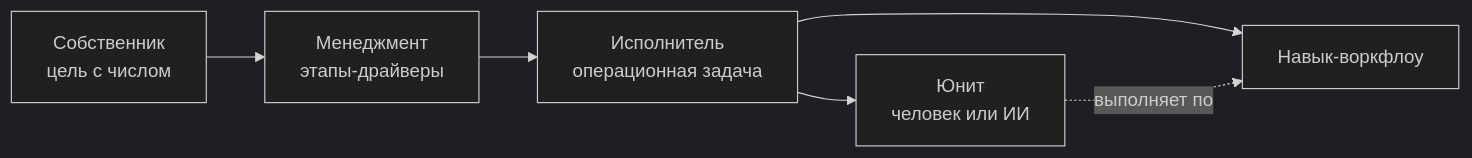
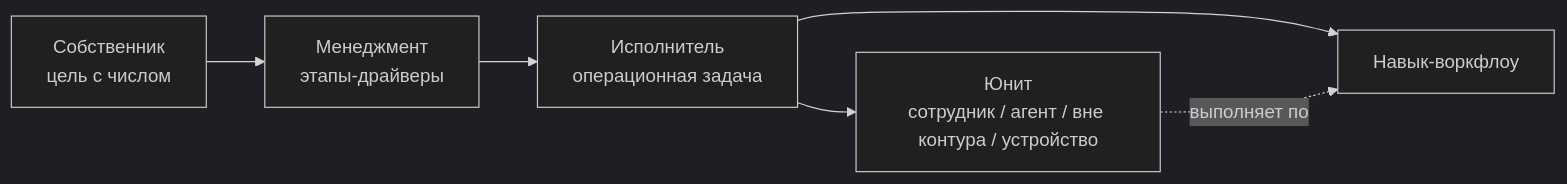
The second of 6 diagrams in docs/full-vision/02_Product/Management_Model.md (persfinancier-blip/ai-agents), drawn with Mermaid (dark theme) before and after one commit. The commit also changed other lines of this file and 6 other files, not shown here.

````diff
--- a/docs/full-vision/02_Product/Management_Model.md
+++ b/docs/full-vision/02_Product/Management_Model.md
@@ -76,8 +76,8 @@
 ```mermaid
 flowchart LR
     O["Собственник\nцель с числом"] --> M["Менеджмент\nэтапы-драйверы"]
     M --> E["Исполнитель\nоперационная задача"]
-    E --> U["Юнит\nчеловек или ИИ"]
+    E --> U["Юнит\nсотрудник / агент / вне контура / устройство"]
     E --> W["Навык-воркфлоу"]
     U -.выполняет по.-> W
 ```
````
